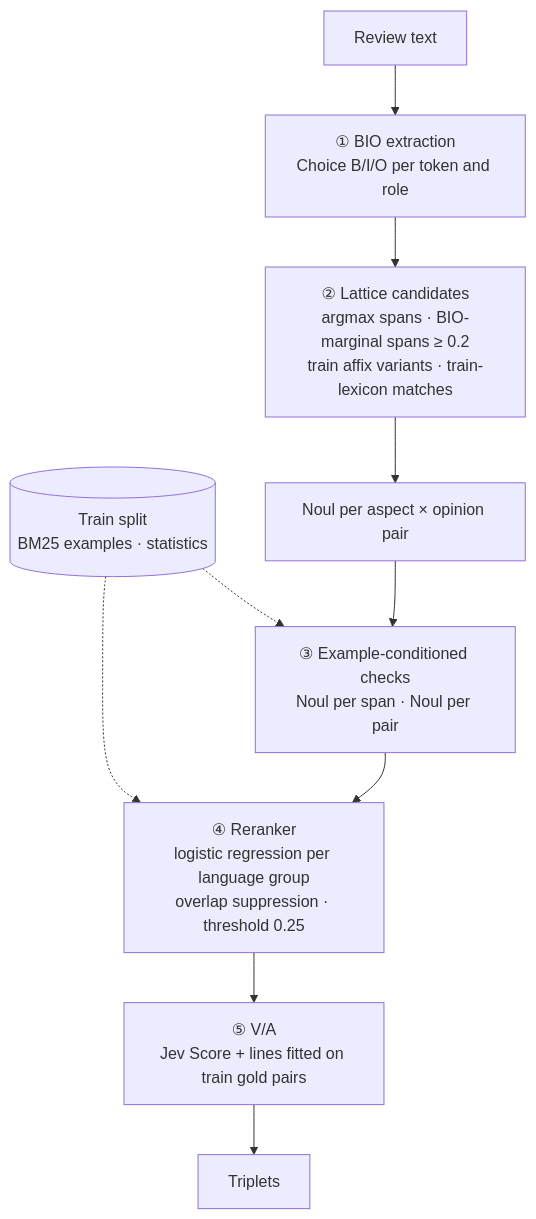
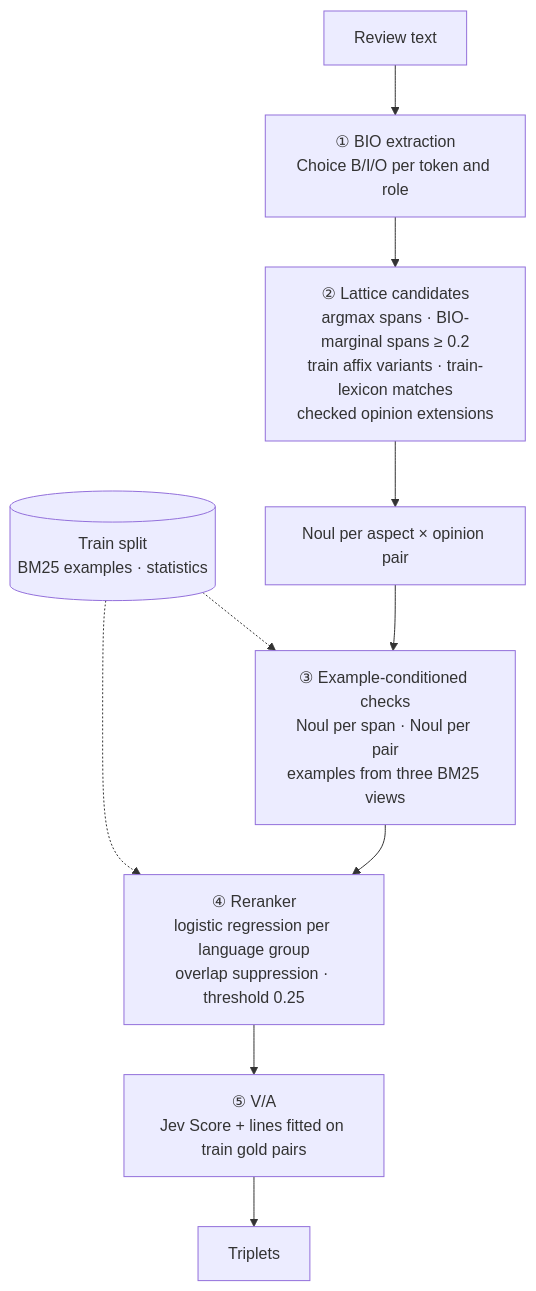
The second of 3 diagrams in README.md (ZhangYiqun018/jev-dimabsa), drawn with Mermaid before and after one commit. The commit also changed other lines of this file and 4 other files, not shown here.

````diff
--- a/README.md
+++ b/README.md
@@ -142,12 +142,12 @@
 ```mermaid
 flowchart TD
     R["Review text"] --> S1["① BIO extraction<br/>Choice B/I/O per token and role"]
-    S1 --> S2["② Lattice candidates<br/>argmax spans · BIO-marginal spans ≥ 0.2<br/>train affix variants · train-lexicon matches"]
+    S1 --> S2["② Lattice candidates<br/>argmax spans · BIO-marginal spans ≥ 0.2<br/>train affix variants · train-lexicon matches<br/>checked opinion extensions"]
     S2 --> N["Noul per aspect × opinion pair"]
     T[("Train split<br/>BM25 examples · statistics")] -.-> S3
     T -.-> S4
-    N --> S3["③ Example-conditioned checks<br/>Noul per span · Noul per pair"]
+    N --> S3["③ Example-conditioned checks<br/>Noul per span · Noul per pair<br/>examples from three BM25 views"]
     S3 --> S4["④ Reranker<br/>logistic regression per language group<br/>overlap suppression · threshold 0.25"]
     S4 --> S5["⑤ V/A<br/>Jev Score + lines fitted on train gold pairs"]
     S5 --> O["Triplets"]
 ```
````
